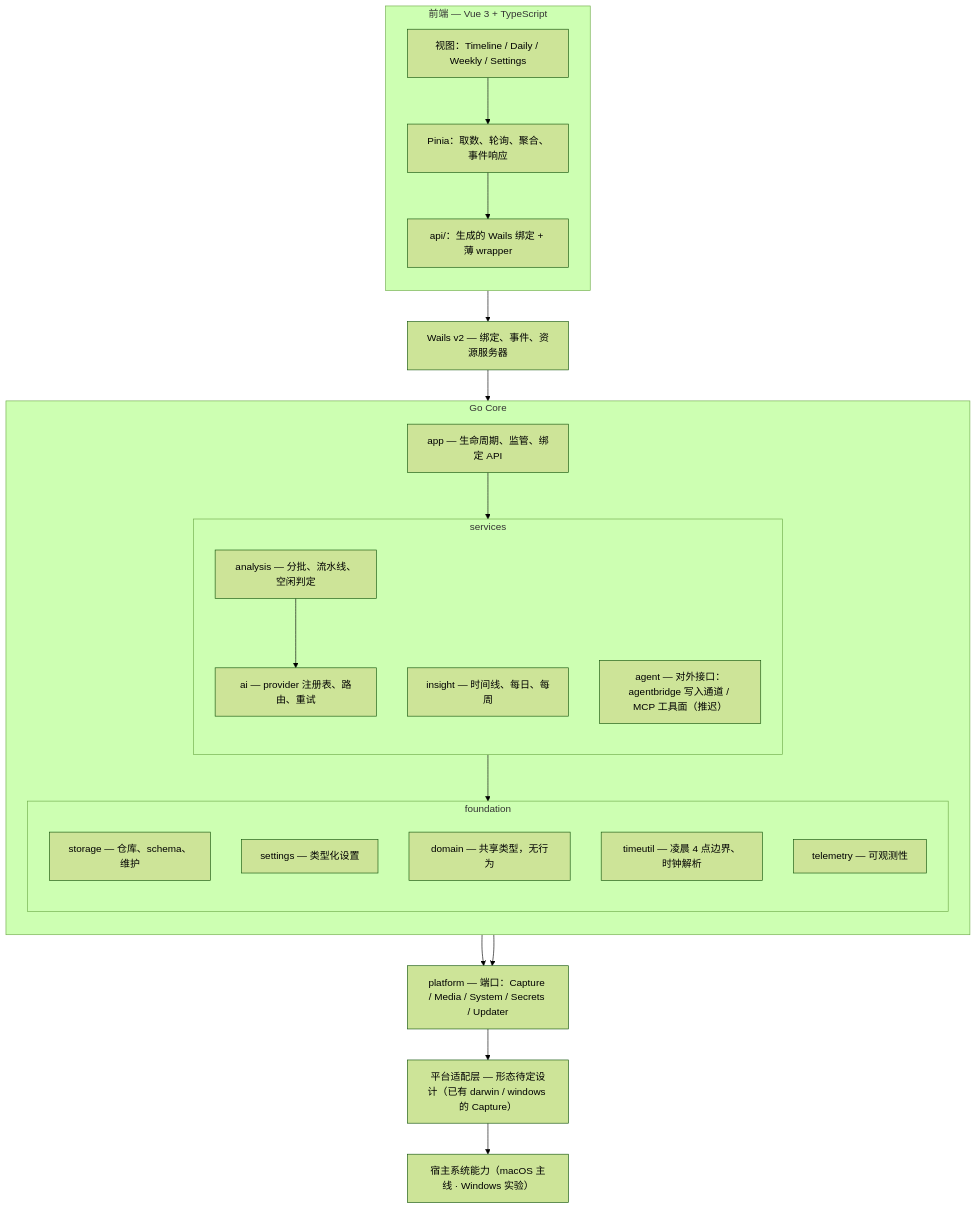
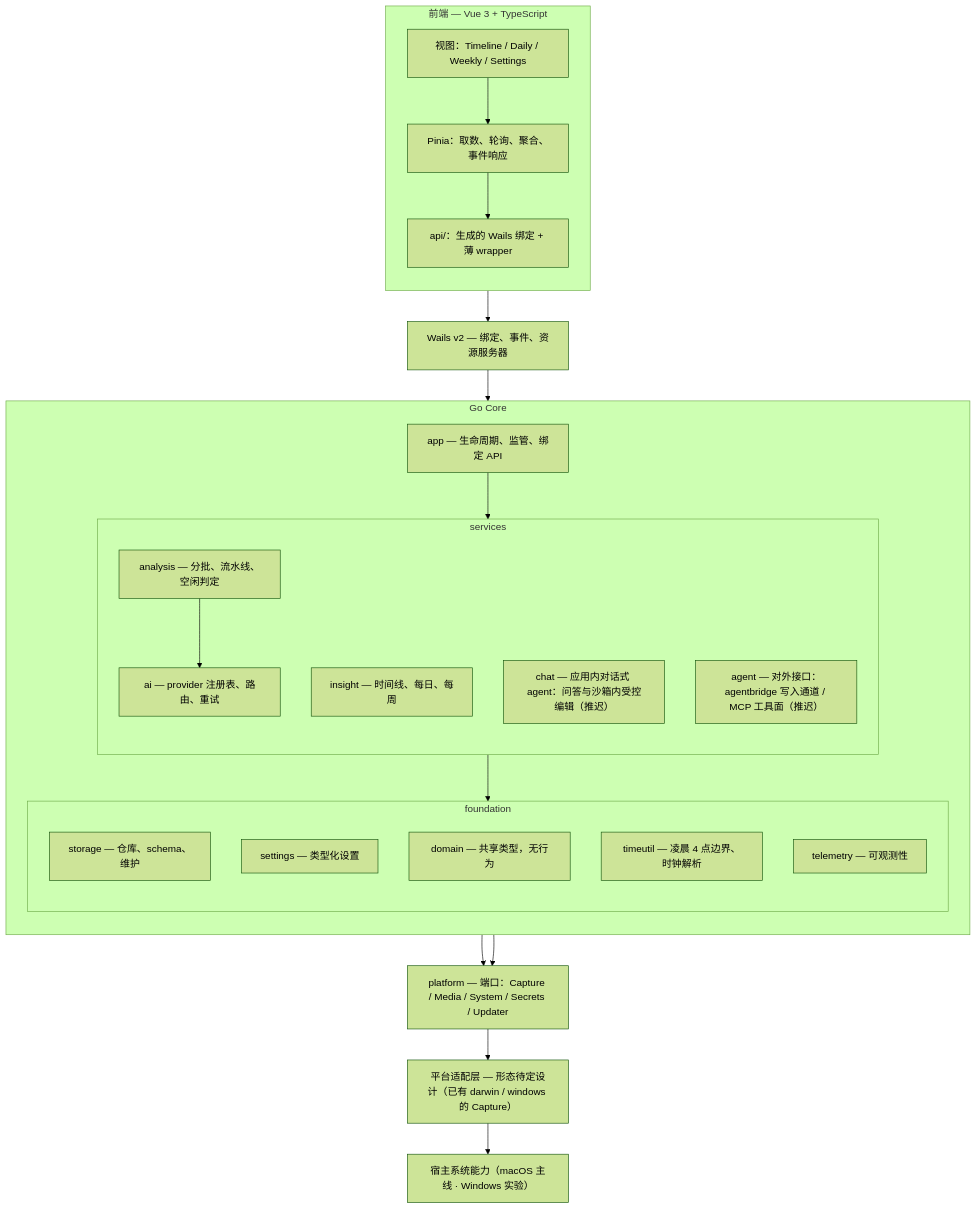
Before and after one commit to Jwz-git/Daygo: the diagram in docs/02-architecture.md, drawn with Mermaid (forest theme). The commit also changed other lines of this file and 8 other files, not shown here.

First line of the commit message:
docs: prepare chat module design for in-app agent

````diff
--- a/docs/02-architecture.md
+++ b/docs/02-architecture.md
@@ -12,43 +12,44 @@
 ```mermaid
 flowchart TD
     subgraph FE["前端 — Vue 3 + TypeScript"]
         direction TB
         VIEWS["视图：Timeline / Daily / Weekly / Settings"]
         STORES["Pinia：取数、轮询、聚合、事件响应"]
         API["api/：生成的 Wails 绑定 + 薄 wrapper"]
     end
 
     WAILS["Wails v2 — 绑定、事件、资源服务器"]
 
     subgraph CORE["Go Core"]
         direction TB
         APPM["app — 生命周期、监管、绑定 API"]
         subgraph SVC["services"]
             direction TB
             ANALYSIS["analysis — 分批、流水线、空闲判定"]
             AIM["ai — provider 注册表、路由、重试"]
             INSIGHT["insight — 时间线、每日、每周"]
+            CHAT["chat — 应用内对话式 agent：问答与沙箱内受控编辑（推迟）"]
             AGENT["agent — 对外接口：agentbridge 写入通道 / MCP 工具面（推迟）"]
         end
         subgraph FOUND["foundation"]
             direction TB
             STORAGE["storage — 仓库、schema、维护"]
             SETTINGS["settings — 类型化设置"]
             DOMAIN["domain — 共享类型，无行为"]
             TIMEUTIL["timeutil — 凌晨 4 点边界、时钟解析"]
             TELEMETRY["telemetry — 可观测性"]
         end
     end
 
     PLATFORM["platform — 端口：Capture / Media / System / Secrets / Updater"]
     ADAPTER["平台适配层 — 形态待定设计（已有 darwin / windows 的 Capture）"]
     OS["宿主系统能力（macOS 主线 · Windows 实验）"]
 
     VIEWS --> STORES --> API --> WAILS --> APPM
     APPM --> SVC
     SVC --> FOUND
     ANALYSIS --> AIM
     SVC --> PLATFORM
     APPM --> PLATFORM
     PLATFORM --> ADAPTER --> OS
 ```
````
